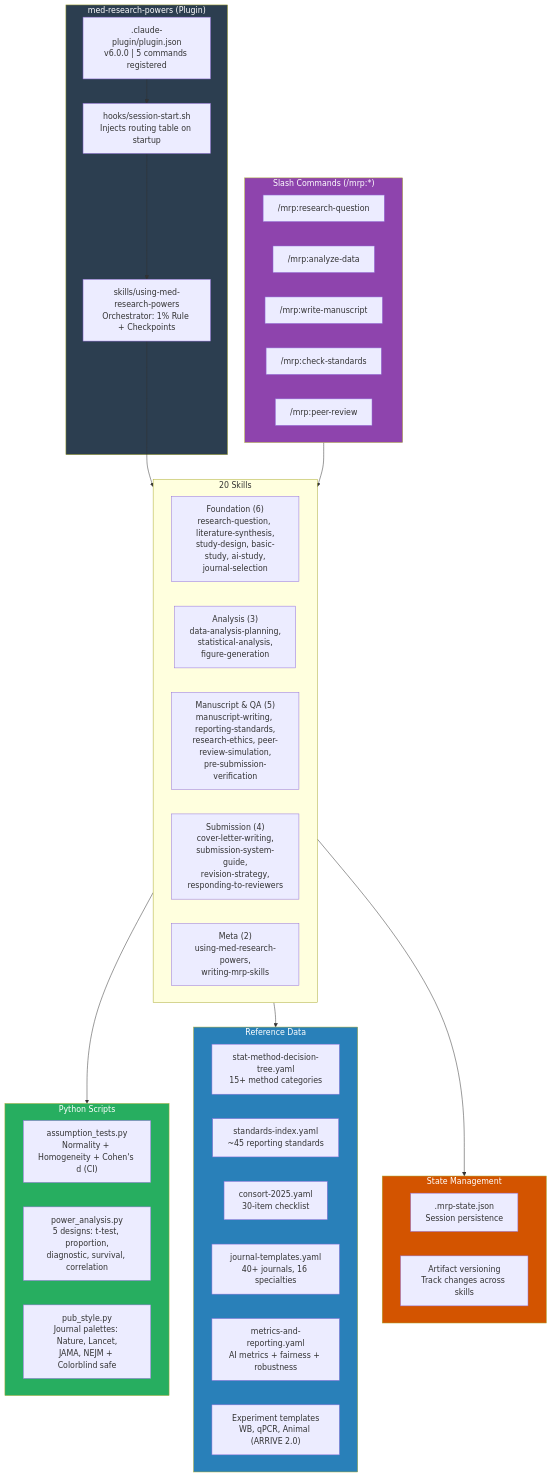
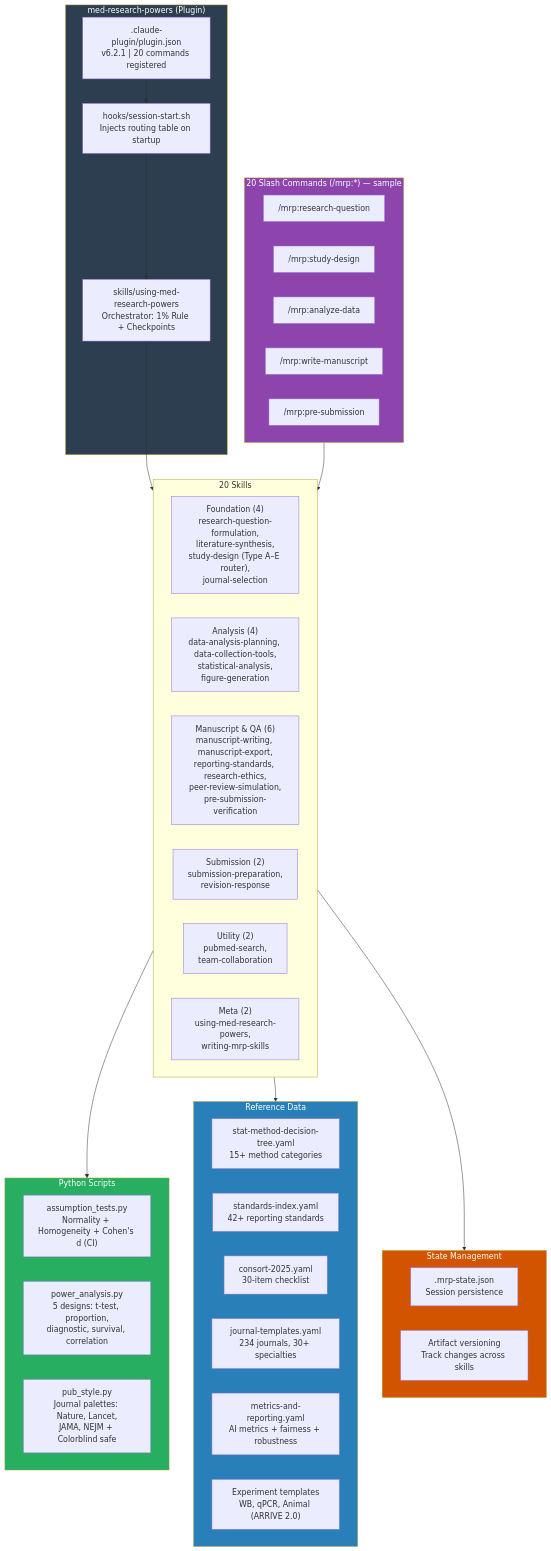
The seventh of 8 diagrams in docs/architecture.md (Stefansong/med-research-powers), drawn with Mermaid before and after one commit. The commit also changed other lines of this file and 68 other files, not shown here.

````diff
--- a/docs/architecture.md
+++ b/docs/architecture.md
@@ -256,58 +254,59 @@
 ```mermaid
 flowchart TD
     subgraph PLUGIN["med-research-powers (Plugin)"]
-        PJ[".claude-plugin/plugin.json<br/>v6.0.0 | 5 commands registered"]
+        PJ[".claude-plugin/plugin.json<br/>v6.2.1 | 20 commands registered"]
         HOOK["hooks/session-start.sh<br/>Injects routing table on startup"]
         META["skills/using-med-research-powers<br/>Orchestrator: 1% Rule + Checkpoints"]
     end
 
-    subgraph COMMANDS["Slash Commands (/mrp:*)"]
+    subgraph COMMANDS["20 Slash Commands (/mrp:*) — sample"]
         CMD1["/mrp:research-question"]
-        CMD2["/mrp:analyze-data"]
-        CMD3["/mrp:write-manuscript"]
-        CMD4["/mrp:check-standards"]
-        CMD5["/mrp:peer-review"]
+        CMD2["/mrp:study-design"]
+        CMD3["/mrp:analyze-data"]
+        CMD4["/mrp:write-manuscript"]
+        CMD5["/mrp:pre-submission"]
     end
 
     subgraph SKILLS["20 Skills"]
-        SK_F["Foundation (6)<br/>research-question, literature-synthesis,<br/>study-design, basic-study, ai-study,<br/>journal-selection"]
-        SK_A["Analysis (3)<br/>data-analysis-planning,<br/>statistical-analysis,<br/>figure-generation"]
-        SK_M["Manuscript & QA (5)<br/>manuscript-writing, reporting-standards,<br/>research-ethics, peer-review-simulation,<br/>pre-submission-verification"]
-        SK_S["Submission (4)<br/>cover-letter-writing,<br/>submission-system-guide,<br/>revision-strategy,<br/>responding-to-reviewers"]
+        SK_F["Foundation (4)<br/>research-question-formulation,<br/>literature-synthesis,<br/>study-design (Type A–E router),<br/>journal-selection"]
+        SK_A["Analysis (4)<br/>data-analysis-planning, data-collection-tools,<br/>statistical-analysis,<br/>figure-generation"]
+        SK_M["Manuscript & QA (6)<br/>manuscript-writing, manuscript-export,<br/>reporting-standards, research-ethics,<br/>peer-review-simulation,<br/>pre-submission-verification"]
+        SK_S["Submission (2)<br/>submission-preparation,<br/>revision-response"]
+        SK_U["Utility (2)<br/>pubmed-search,<br/>team-collaboration"]
         SK_X["Meta (2)<br/>using-med-research-powers,<br/>writing-mrp-skills"]
     end
 
     subgraph SCRIPTS["Python Scripts"]
         PY1["assumption_tests.py<br/>Normality + Homogeneity + Cohen's d (CI)"]
         PY2["power_analysis.py<br/>5 designs: t-test, proportion,<br/>diagnostic, survival, correlation"]
         PY3["pub_style.py<br/>Journal palettes: Nature, Lancet,<br/>JAMA, NEJM + Colorblind safe"]
     end
 
     subgraph REFS["Reference Data"]
         R1["stat-method-decision-tree.yaml<br/>15+ method categories"]
-        R2["standards-index.yaml<br/>~45 reporting standards"]
+        R2["standards-index.yaml<br/>42+ reporting standards"]
         R3["consort-2025.yaml<br/>30-item checklist"]
-        R4["journal-templates.yaml<br/>40+ journals, 16 specialties"]
+        R4["journal-templates.yaml<br/>234 journals, 30+ specialties"]
         R5["metrics-and-reporting.yaml<br/>AI metrics + fairness + robustness"]
         R6["Experiment templates<br/>WB, qPCR, Animal (ARRIVE 2.0)"]
     end
 
     subgraph STATE["State Management"]
         ST1[".mrp-state.json<br/>Session persistence"]
         ST2["Artifact versioning<br/>Track changes across skills"]
     end
 
     PJ --> HOOK
     HOOK --> META
     META --> SKILLS
     COMMANDS --> SKILLS
     SKILLS --> SCRIPTS
     SKILLS --> REFS
     SKILLS --> STATE
 
     style PLUGIN fill:#2c3e50,color:#fff
     style COMMANDS fill:#8e44ad,color:#fff
     style SCRIPTS fill:#27ae60,color:#fff
     style REFS fill:#2980b9,color:#fff
     style STATE fill:#d35400,color:#fff
 ```
````
